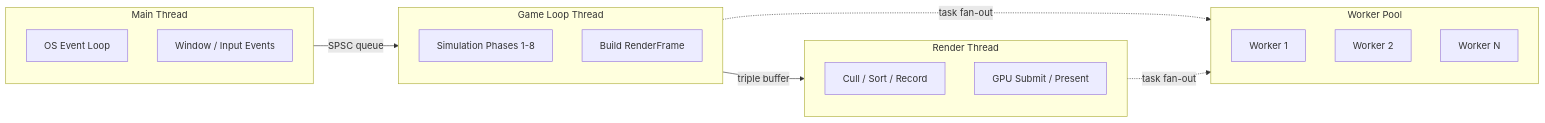
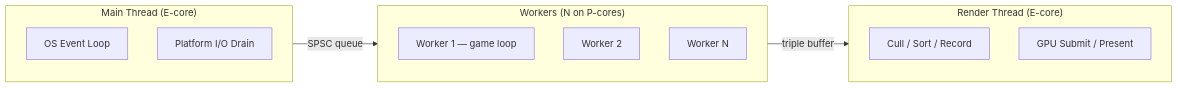
One commit to harmonius-dev/harmonius changed the second of 16 diagrams in docs/architecture.md. Above: the diagram before and after it, drawn with Mermaid. The commit also changed other lines of this file and 174 other files, not shown here.

````diff
--- a/docs/architecture.md
+++ b/docs/architecture.md
@@ -174,28 +173,21 @@
 ```mermaid
 flowchart LR
-    subgraph MT["Main Thread"]
+    subgraph MT["Main Thread (E-core)"]
         ME[OS Event Loop]
-        MI[Window / Input Events]
+        MI[Platform I/O Drain]
     end
 
-    subgraph GLT["Game Loop Thread"]
-        GL[Simulation Phases 1-8]
-        RF[Build RenderFrame]
+    subgraph WK["Workers (N on P-cores)"]
+        W1[Worker 1 — game loop]
+        W2[Worker 2]
+        WN[Worker N]
     end
 
-    subgraph RT["Render Thread"]
+    subgraph RT["Render Thread (E-core)"]
         RC[Cull / Sort / Record]
         RS[GPU Submit / Present]
     end
 
-    subgraph WT["Worker Pool"]
-        W1[Worker 1]
-        W2[Worker 2]
-        WN[Worker N]
-    end
-
-    MT -->|SPSC queue| GLT
-    GLT -->|triple buffer| RT
-    GLT -.->|task fan-out| WT
-    RT -.->|task fan-out| WT
+    MT -->|SPSC queue| WK
+    WK -->|triple buffer| RT
 ```
````
